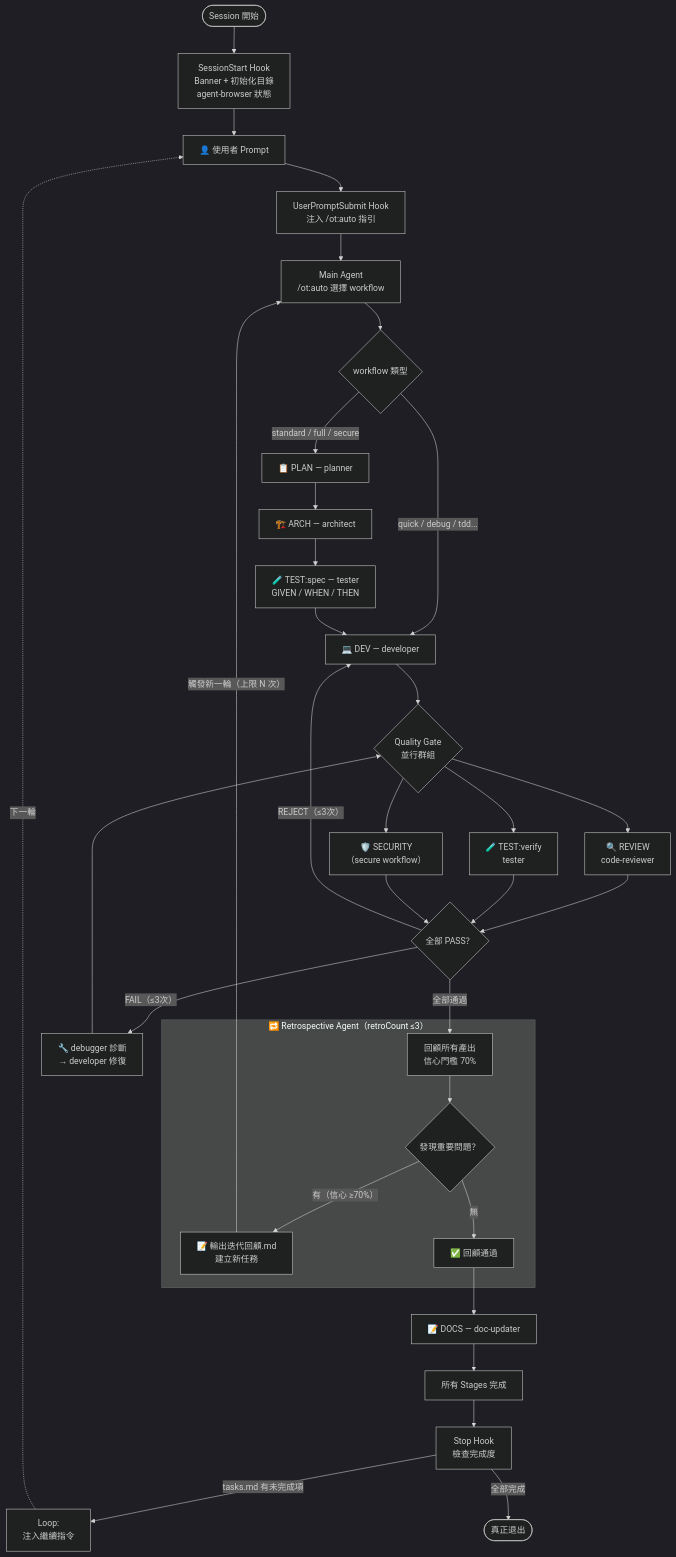
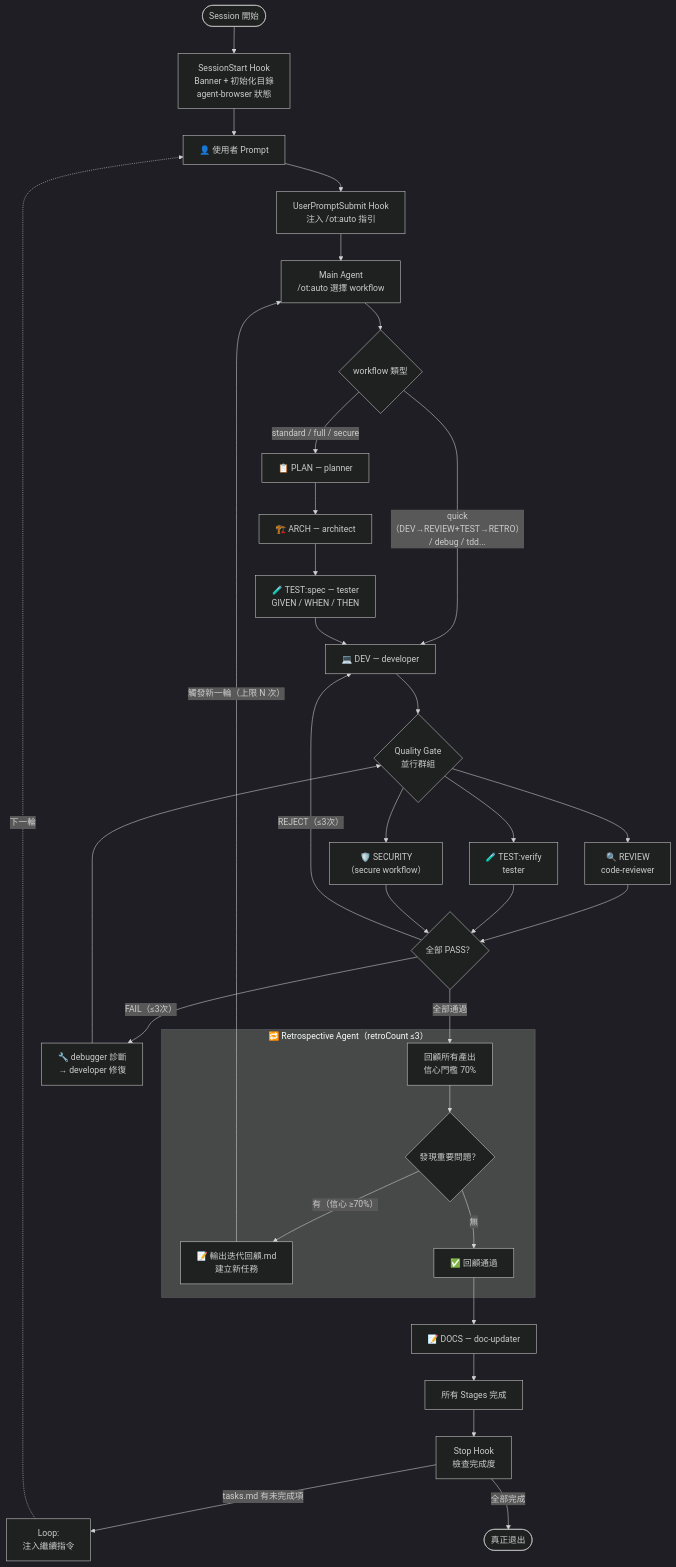
The second of 3 diagrams in docs/workflow-diagram.md (ryu111/overtone), drawn with Mermaid (dark theme) before and after one commit. The commit also changed other lines of this file and 3 other files, not shown here.

````diff
--- a/docs/workflow-diagram.md
+++ b/docs/workflow-diagram.md
@@ -45,48 +46,48 @@
 ```mermaid
 flowchart TB
     START(["Session 開始"]) --> SS_HOOK["SessionStart Hook\nBanner + 初始化目錄\nagent-browser 狀態"]
 
     SS_HOOK --> PROMPT["👤 使用者 Prompt"]
     PROMPT --> US_HOOK["UserPromptSubmit Hook\n注入 /ot:auto 指引"]
     US_HOOK --> MAIN["Main Agent\n/ot:auto 選擇 workflow"]
 
     MAIN --> WFSEL{"workflow 類型"}
 
     WFSEL -->|"standard / full / secure"| PLAN["📋 PLAN — planner"]
-    WFSEL -->|"quick / debug / tdd..."| DEV
+    WFSEL -->|"quick（DEV→REVIEW+TEST→RETRO）\n/ debug / tdd..."| DEV
 
     PLAN --> ARCH["🏗️ ARCH — architect"]
     ARCH --> TSPEC["🧪 TEST:spec — tester\nGIVEN / WHEN / THEN"]
     TSPEC --> DEV["💻 DEV — developer"]
 
     DEV --> QG{"Quality Gate\n並行群組"}
     QG --> REV["🔍 REVIEW\ncode-reviewer"]
     QG --> TEST["🧪 TEST:verify\ntester"]
     QG --> SEC["🛡️ SECURITY\n（secure workflow）"]
 
     REV & TEST & SEC --> PASS{"全部 PASS？"}
 
     PASS -->|"FAIL（≤3次）"| DBG["🔧 debugger 診斷\n→ developer 修復"]
     DBG --> QG
 
     PASS -->|"REJECT（≤3次）"| DEV
     PASS -->|"全部通過"| RETRO
 
     subgraph RETRO_BOX["🔁 Retrospective Agent（retroCount ≤3）"]
         RETRO["回顧所有產出\n信心門檻 70%"]
         RETRO --> RCHECK{"發現重要問題？"}
         RCHECK -->|"有（信心 ≥70%）"| ROUT["📝 輸出迭代回顧.md\n建立新任務"]
         RCHECK -->|"無"| RDONE["✅ 回顧通過"]
     end
 
     ROUT -->|"觸發新一輪（上限 N 次）"| MAIN
     RDONE --> DOCS["📝 DOCS — doc-updater"]
 
     DOCS --> ALL_DONE["所有 Stages 完成"]
     ALL_DONE --> STOP_HOOK["Stop Hook\n檢查完成度"]
 
     STOP_HOOK -->|"tasks.md 有未完成項"| LOOP["Loop:\n注入繼續指令"]
     STOP_HOOK -->|"全部完成"| REAL_EXIT(["真正退出"])
 
     LOOP -.->|"下一輪"| PROMPT
 ```
````
